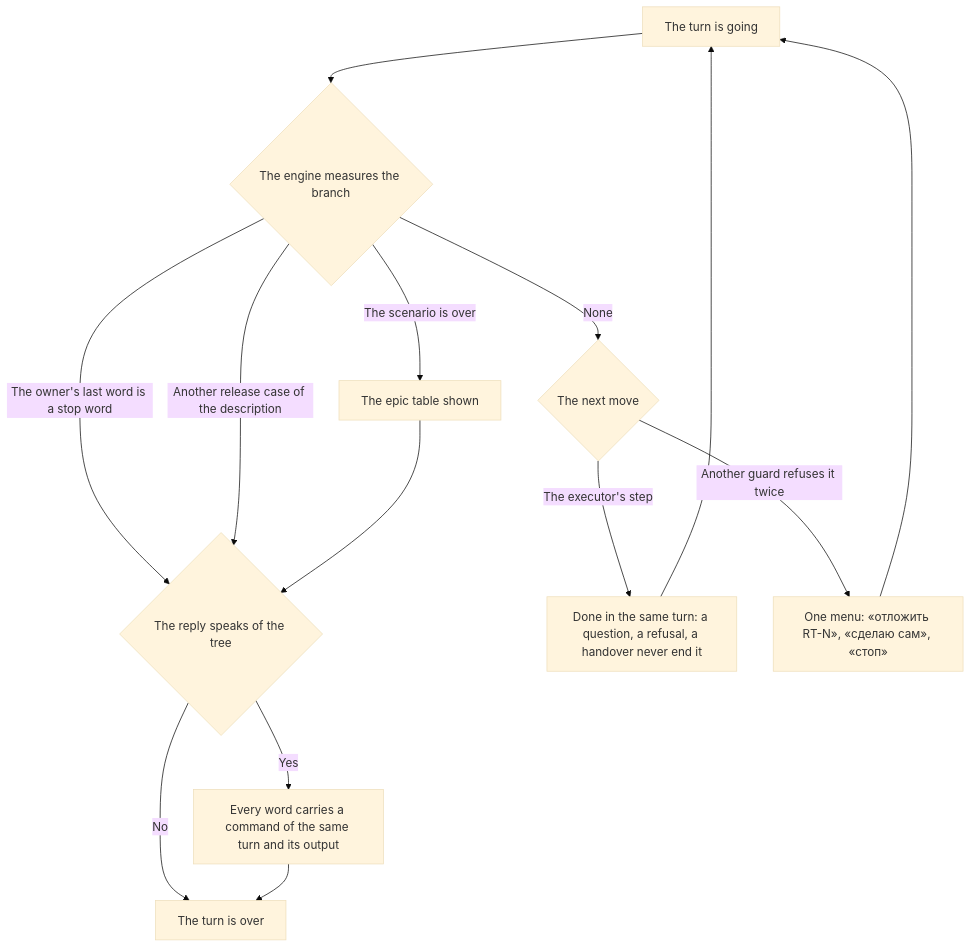
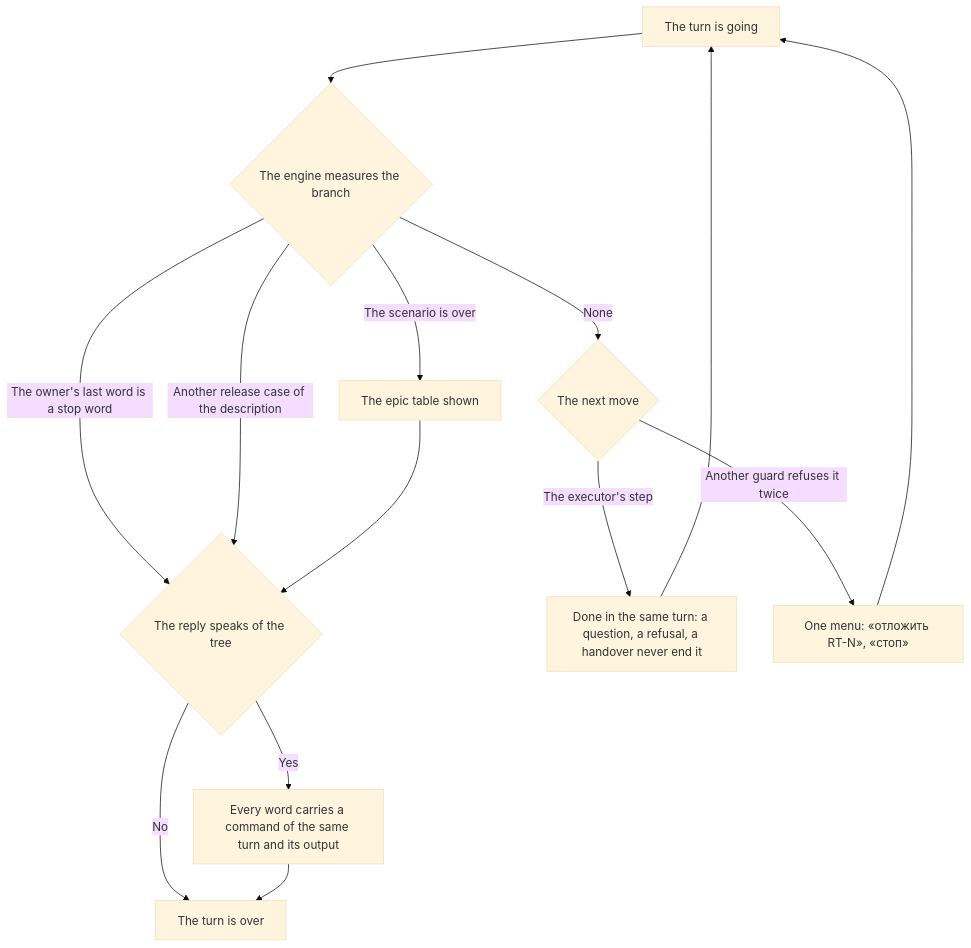
Before and after one commit to Eyhenij/rt-tools: the diagram in .claude/skills/turn-conduct/SKILL.md, drawn with Mermaid (base theme). The commit also changed other lines of this file and 43 other files, not shown here.

First line of the commit message:
feat(rt:agent-kit): меню отказа без варианта «сделаю сам», строка плана без «шага владельца» (RT-3420)

````diff
--- a/.claude/skills/turn-conduct/SKILL.md
+++ b/.claude/skills/turn-conduct/SKILL.md
@@ -74,16 +74,16 @@
 ```mermaid
 flowchart TD
     A[The turn is going] --> B{The engine measures the branch}
     B -->|The scenario is over| L[The epic table shown]
     B -->|The owner's last word is a stop word| I
     B -->|Another release case of the description| I
     B -->|None| D{The next move}
     D -->|The executor's step| G[Done in the same turn: a question, a refusal, a handover never end it]
-    D -->|Another guard refuses it twice| M[One menu: «отложить RT-N», «сделаю сам», «стоп»]
+    D -->|Another guard refuses it twice| M[One menu: «отложить RT-N», «стоп»]
     M --> A
     G --> A
     L --> I{The reply speaks of the tree}
     I -->|Yes| J[Every word carries a command of the same turn and its output]
     I -->|No| K[The turn is over]
     J --> K
 ```
````
